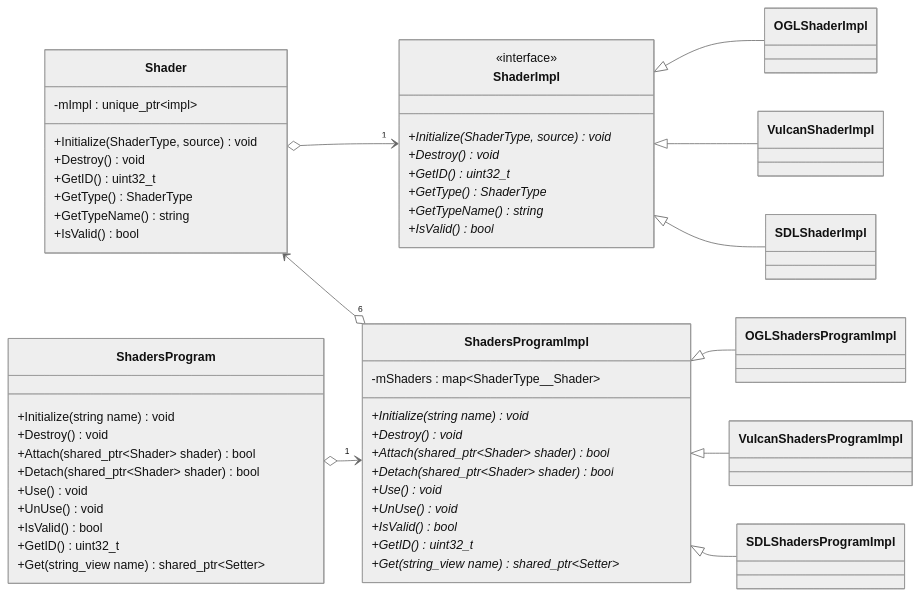
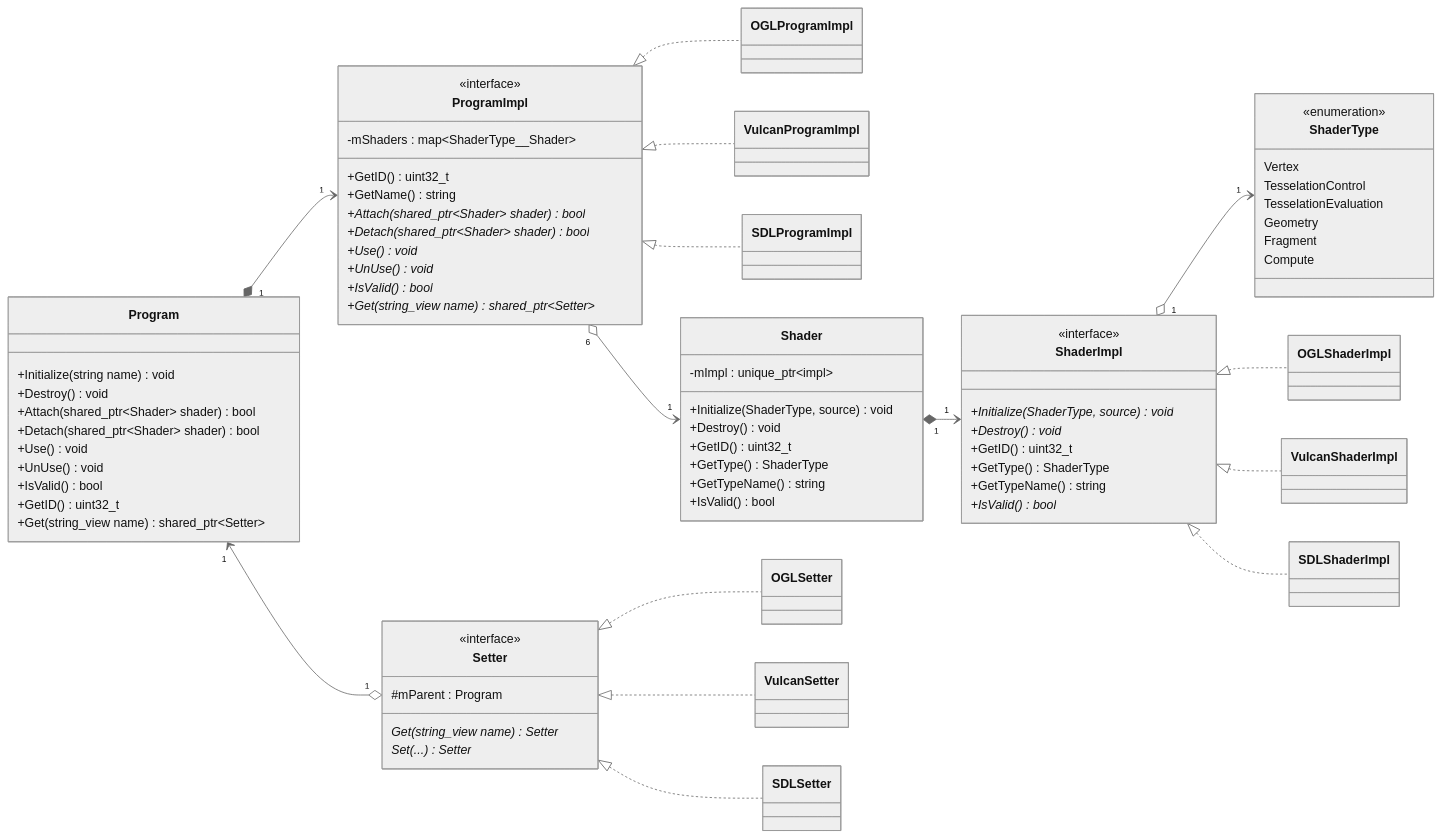
Before and after one commit to seigtm/meov: the diagram in src/core/shaders/shaders.md, drawn with Mermaid (neutral theme). The commit also changed 6 other files, not shown here.

````diff
--- a/src/core/shaders/shaders.md
+++ b/src/core/shaders/shaders.md
@@ -7,40 +6,13 @@
 classDiagram
     direction LR
 
-    class ShaderImpl {
+
+    class ProgramImpl {
         <<interface>>
-        +Initialize(ShaderType, source)* void
-        +Destroy()* void
-
-        +GetID()* uint32_t
-        +GetType()* ShaderType
-        +GetTypeName()* string
-        +IsValid()* bool
-    }
-
-    ShaderImpl <|-- OGLShaderImpl
-    ShaderImpl <|-- VulcanShaderImpl
-    ShaderImpl <|-- SDLShaderImpl
-
-    Shader o--> "1" ShaderImpl
-    Shader <--o "6" ShadersProgramImpl
-    class Shader {
-        -mImpl : unique_ptr~impl~
-
-        +Initialize(ShaderType, source) void
-        +Destroy() void
+        -mShaders : map~ShaderType__Shader~
 
         +GetID() uint32_t
-        +GetType() ShaderType
-        +GetTypeName() string
-        +IsValid() bool
-    }
-
-    class ShadersProgramImpl {
-        -mShaders : map~ShaderType__Shader~
-
-        +Initialize(string name)* void
-        +Destroy()* void
+        +GetName() string
 
         +Attach(shared_ptr~Shader~ shader)* bool
         +Detach(shared_ptr~Shader~ shader)* bool
@@ -49,17 +21,16 @@
         +UnUse()* void
 
         +IsValid()* bool
-        +GetID()* uint32_t
-
         +Get(string_view name)* shared_ptr~Setter~
     }
 
-    ShadersProgramImpl <|-- OGLShadersProgramImpl
-    ShadersProgramImpl <|-- VulcanShadersProgramImpl
-    ShadersProgramImpl <|-- SDLShadersProgramImpl
+    ProgramImpl <|.. OGLProgramImpl
+    ProgramImpl <|.. VulcanProgramImpl
+    ProgramImpl <|.. SDLProgramImpl
+    ProgramImpl "6" o--> "1" Shader
 
-    ShadersProgram o--> "1" ShadersProgramImpl
-    class ShadersProgram {
+    Program "1" *--> "1" ProgramImpl
+    class Program {
         +Initialize(string name) void
         +Destroy() void
 
@@ -74,4 +45,72 @@
 
         +Get(string_view name) shared_ptr~Setter~
     }
+
+    class ShaderType {
+        <<enumeration>>
+        Vertex
+        TesselationControl
+        TesselationEvaluation
+        Geometry
+        Fragment
+        Compute
+    }
+
+    ShaderImpl "1" o--> "1" ShaderType
+    class ShaderImpl {
+        <<interface>>
+        +Initialize(ShaderType, source)* void
+        +Destroy()* void
+
+        +GetID() uint32_t
+        +GetType() ShaderType
+        +GetTypeName() string
+        +IsValid()* bool
+    }
+
+    ShaderImpl <|.. OGLShaderImpl
+    ShaderImpl <|.. VulcanShaderImpl
+    ShaderImpl <|.. SDLShaderImpl
+
+    Shader "1" *--> "1" ShaderImpl
+    class Shader {
+        -mImpl : unique_ptr~impl~
+
+        +Initialize(ShaderType, source) void
+        +Destroy() void
+
+        +GetID() uint32_t
+        +GetType() ShaderType
+        +GetTypeName() string
+        +IsValid() bool
+    }
+
+    Program "1" <--o "1" Setter
+    class Setter {
+        <<interface>>
+        Get(string_view name)* Setter
+        Set(...)* Setter
+        #mParent : Program
+    }
+
+    Setter <|.. OGLSetter
+    Setter <|.. VulcanSetter
+    Setter <|.. SDLSetter
+
+    %% ShadersProgram file
+    link Program "https://github.com/seigtm/meov/blob/4b6cd9a1a2e4a6e92851244be6fa3d15aa7e7ff4/src/core/shaders/ShadersProgram/ShadersProgram.hpp"
+    link Setter "https://github.com/seigtm/meov/blob/4b6cd9a1a2e4a6e92851244be6fa3d15aa7e7ff4/src/core/shaders/ShadersProgram/ShadersProgram.hpp"
+    link ProgramImpl "https://github.com/seigtm/meov/blob/4b6cd9a1a2e4a6e92851244be6fa3d15aa7e7ff4/src/core/shaders/ShadersProgram/ShadersProgram.hpp"
+
+    %% OGLShaderProgramImpl
+    link OGLProgramImpl "https://github.com/seigtm/meov/blob/4b6cd9a1a2e4a6e92851244be6fa3d15aa7e7ff4/src/core/shaders/ShadersProgram/impl/ogl/OGLShadersProgram.hpp"
+    link OGLSetter "https://github.com/seigtm/meov/blob/4b6cd9a1a2e4a6e92851244be6fa3d15aa7e7ff4/src/core/shaders/ShadersProgram/impl/ogl/OGLShadersProgram.hpp"
+
+    %% Shader file
+    link Shader "https://github.com/seigtm/meov/blob/4b6cd9a1a2e4a6e92851244be6fa3d15aa7e7ff4/src/core/shaders/Shader/Shader.hpp"
+    link ShaderImpl "https://github.com/seigtm/meov/blob/4b6cd9a1a2e4a6e92851244be6fa3d15aa7e7ff4/src/core/shaders/Shader/Shader.hpp"
+    link ShaderType "https://github.com/seigtm/meov/blob/4b6cd9a1a2e4a6e92851244be6fa3d15aa7e7ff4/src/core/shaders/Shader/Shader.hpp"
+
+    %% OGLShader file
+    link OGLShaderImpl "https://github.com/seigtm/meov/blob/4b6cd9a1a2e4a6e92851244be6fa3d15aa7e7ff4/src/core/shaders/Shader/impl/ogl/OGLShader.hpp"
 ```
````
